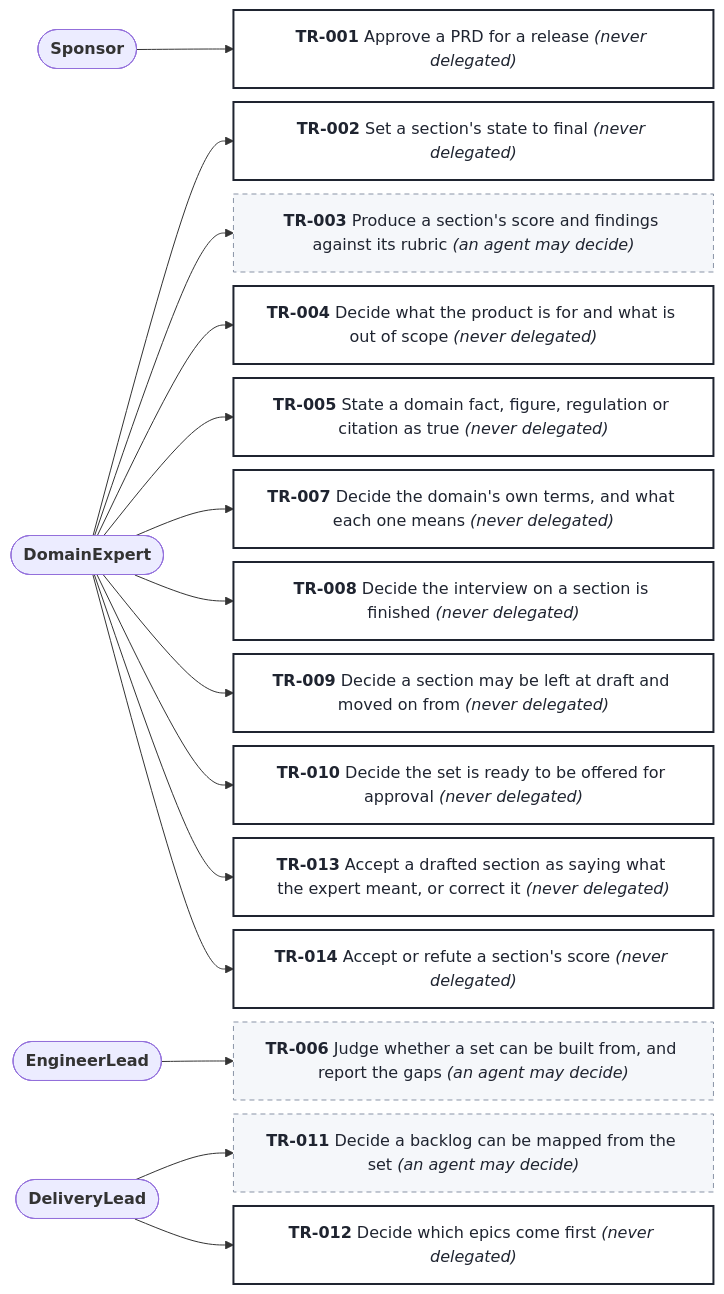
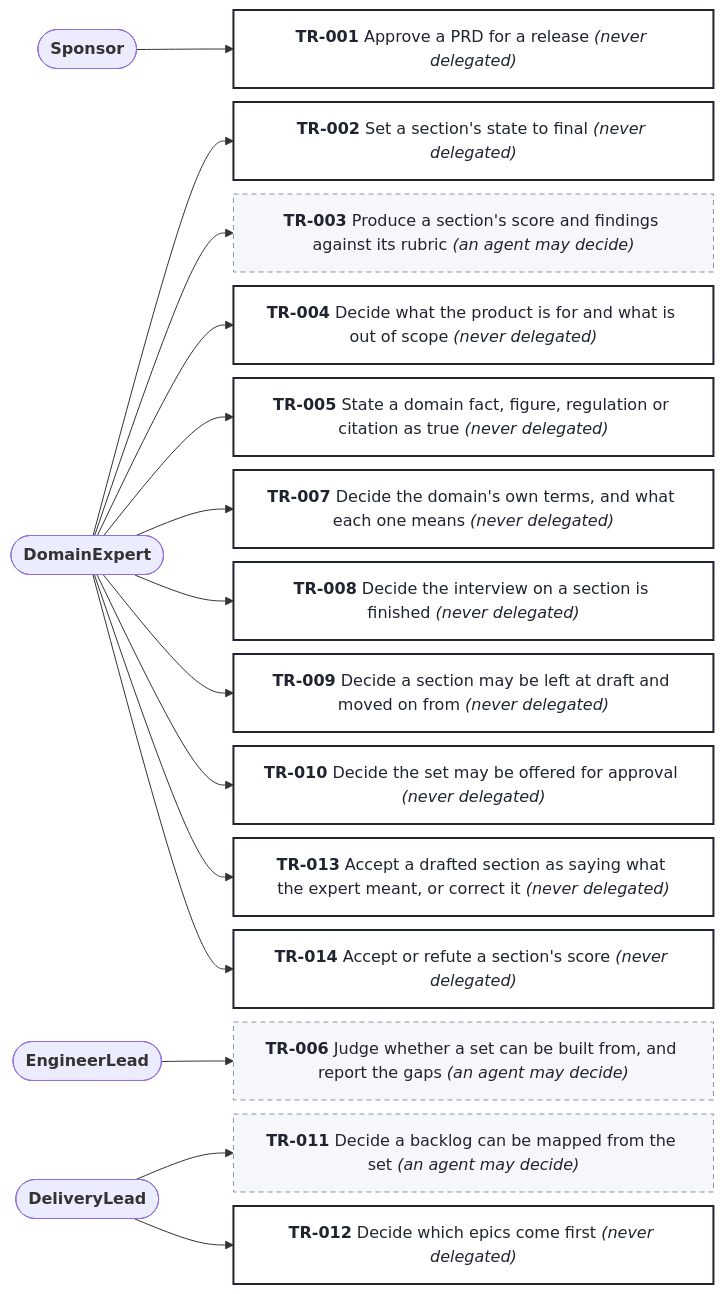
Before and after one commit to SpillwaveSolutions/prd-forge: the diagram in docs/prd/prd-forge/diagrams/decision-rights.mmd, drawn with Mermaid. The commit also changed 10 other files, not shown here.

```diff
--- a/docs/prd/prd-forge/diagrams/decision-rights.mmd
+++ b/docs/prd/prd-forge/diagrams/decision-rights.mmd
@@ -1,52 +1,52 @@
 %% Generated by prd-diagrams.mjs from the decision rights front matter. Do not edit.
 %%{init: {"flowchart": {"wrappingWidth": 420, "nodeSpacing": 14, "rankSpacing": 70}}}%%
 flowchart LR
   APER003(["<b>Sponsor</b>"])
   APER001(["<b>DomainExpert</b>"])
   APER002(["<b>EngineerLead</b>"])
   APER004(["<b>DeliveryLead</b>"])
   DTR001["<b>TR-001</b> Approve a PRD for a release <i>(never delegated)</i>"]
   APER003 --> DTR001
   DTR002["<b>TR-002</b> Set a section's state to final <i>(never delegated)</i>"]
   APER001 --> DTR002
   DTR003["<b>TR-003</b> Produce a section's score and findings against its rubric <i>(an agent may decide)</i>"]
   APER001 --> DTR003
   DTR004["<b>TR-004</b> Decide what the product is for and what is out of scope <i>(never delegated)</i>"]
   APER001 --> DTR004
   DTR005["<b>TR-005</b> State a domain fact, figure, regulation or citation as true <i>(never delegated)</i>"]
   APER001 --> DTR005
   DTR006["<b>TR-006</b> Judge whether a set can be built from, and report the gaps <i>(an agent may decide)</i>"]
   APER002 --> DTR006
   DTR007["<b>TR-007</b> Decide the domain's own terms, and what each one means <i>(never delegated)</i>"]
   APER001 --> DTR007
   DTR008["<b>TR-008</b> Decide the interview on a section is finished <i>(never delegated)</i>"]
   APER001 --> DTR008
   DTR009["<b>TR-009</b> Decide a section may be left at draft and moved on from <i>(never delegated)</i>"]
   APER001 --> DTR009
-  DTR010["<b>TR-010</b> Decide the set is ready to be offered for approval <i>(never delegated)</i>"]
+  DTR010["<b>TR-010</b> Decide the set may be offered for approval <i>(never delegated)</i>"]
   APER001 --> DTR010
   DTR011["<b>TR-011</b> Decide a backlog can be mapped from the set <i>(an agent may decide)</i>"]
   APER004 --> DTR011
   DTR012["<b>TR-012</b> Decide which epics come first <i>(never delegated)</i>"]
   APER004 --> DTR012
   DTR013["<b>TR-013</b> Accept a drafted section as saying what the expert meant, or correct it <i>(never delegated)</i>"]
   APER001 --> DTR013
   DTR014["<b>TR-014</b> Accept or refute a section's score <i>(never delegated)</i>"]
   APER001 --> DTR014
   classDef never fill:#FFFFFF,stroke:#1F2430,stroke-width:2px,color:#1F2430
   classDef agent fill:#F5F7FA,stroke:#8A94A6,stroke-dasharray:5 4,color:#1F2430
   classDef person fill:#F5F7FA,stroke:#8A94A6,color:#1F2430
   class DTR001 never
   class DTR002 never
   class DTR003 agent
   class DTR004 never
   class DTR005 never
   class DTR006 agent
   class DTR007 never
   class DTR008 never
   class DTR009 never
   class DTR010 never
   class DTR011 agent
   class DTR012 never
   class DTR013 never
   class DTR014 never
```
